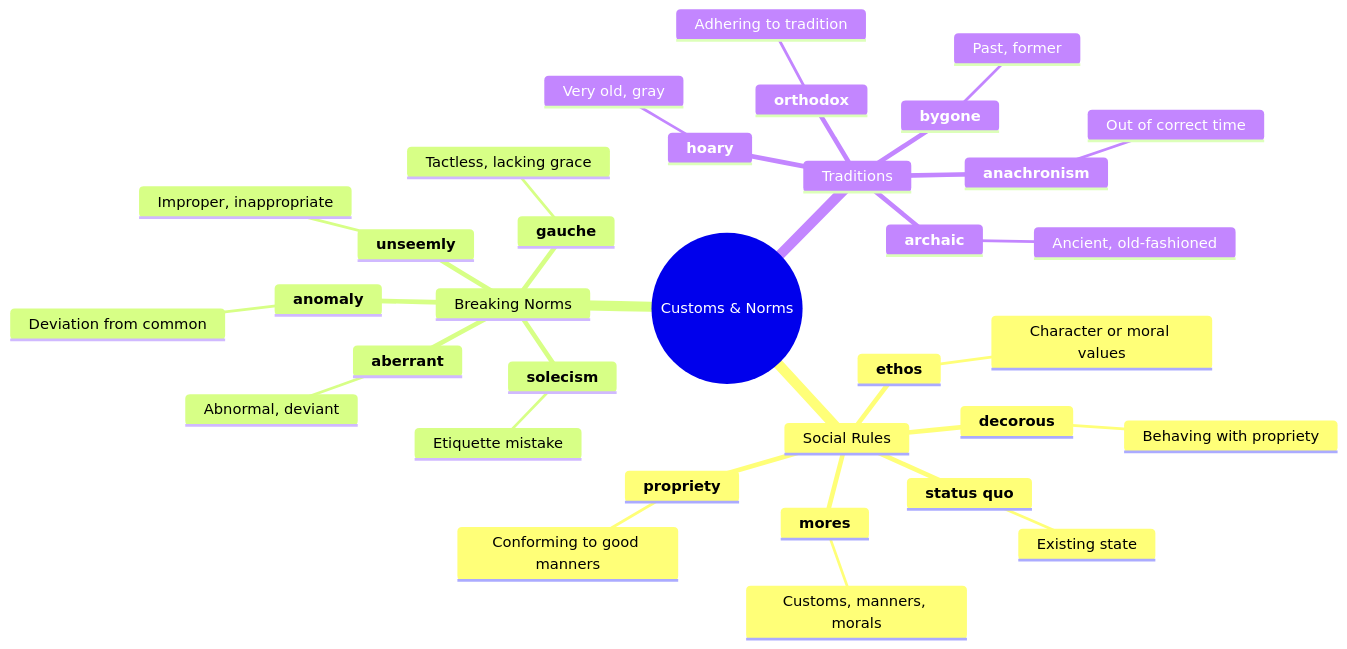
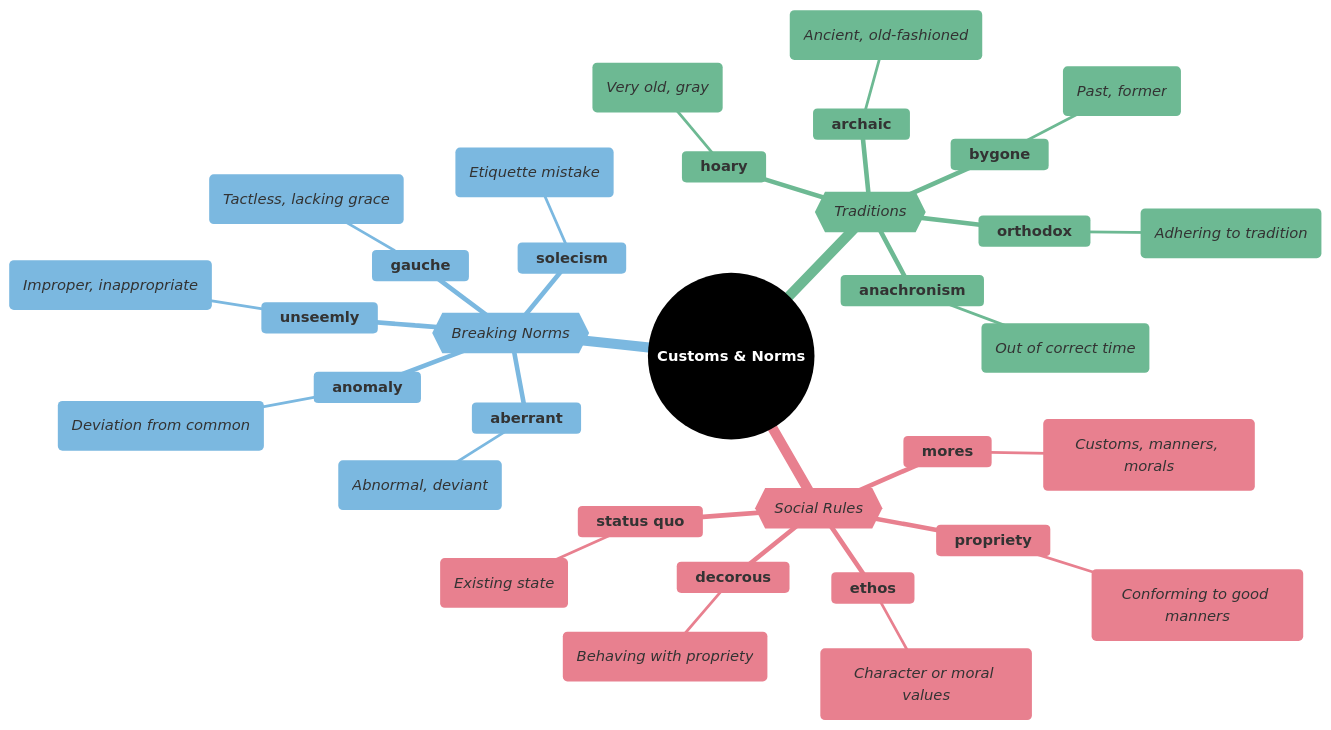
One commit to 95anantsingh/gre-preparation changed the third of 7 diagrams in mindmaps/13-society-and-culture.md. Above: the diagram before and after it, drawn with Mermaid. The commit also changed other lines of this file and 14 other files, not shown here.

````diff
--- a/mindmaps/13-society-and-culture.md
+++ b/mindmaps/13-society-and-culture.md
@@ -137,37 +192,56 @@
 ```mermaid
+%%{
+  init: {
+    "theme": "base",
+    "themeVariables": {
+      "primaryColor": "#000000",
+      "cScale1": "#e8808f",  "cScaleInv1": "#a33445",
+      "cScale2": "#7bb8e0",  "cScaleInv2": "#266a93",
+      "cScale3": "#6db993",  "cScaleInv3": "#23543f",
+      "cScale4": "#f5d07a",  "cScaleInv4": "#c4903b",
+      "cScale5": "#b08fcc",  "cScaleInv5": "#5d3b75",
+      "cScale6": "#74dace",  "cScaleInv6": "#217d72",
+      "cScale7": "#f09570",  "cScaleInv7": "#b84112",
+      "cScale8": "#8ea8c2",  "cScaleInv8": "#32465e",
+      "cScale9": "#cc7fba",  "cScaleInv9": "#7d2868",
+      "cScale10": "#c99a78", "cScaleInv10": "#7c4e32",
+      "cScale11": "#a3a3a3", "cScaleInv11": "#3d3d3d"
+    }
+  }
+}%%
 mindmap
-  root((Customs & Norms))
-    Social Rules
+  root((<font color=white>**Customs & Norms**</font>))
+    {{_Social Rules_}}
       **mores**
-        Customs, manners, morals
+        (_Customs, manners, morals_)
       **propriety**
-        Conforming to good manners
+        (_Conforming to good manners_)
       **decorous**
-        Behaving with propriety
+        (_Behaving with propriety_)
       **ethos**
-        Character or moral values
+        (_Character or moral values_)
       **status quo**
-        Existing state
-    Breaking Norms
+        (_Existing state_)
+    {{_Breaking Norms_}}
       **solecism**
-        Etiquette mistake
+        (_Etiquette mistake_)
       **unseemly**
-        Improper, inappropriate
+        (_Improper, inappropriate_)
       **gauche**
-        Tactless, lacking grace
+        (_Tactless, lacking grace_)
       **aberrant**
-        Abnormal, deviant
+        (_Abnormal, deviant_)
       **anomaly**
-        Deviation from common
-    Traditions
+        (_Deviation from common_)
+    {{_Traditions_}}
       **orthodox**
-        Adhering to tradition
+        (_Adhering to tradition_)
       **archaic**
-        Ancient, old-fashioned
+        (_Ancient, old-fashioned_)
       **bygone**
-        Past, former
+        (_Past, former_)
       **anachronism**
-        Out of correct time
+        (_Out of correct time_)
       **hoary**
-        Very old, gray
+        (_Very old, gray_)
 ```
````
